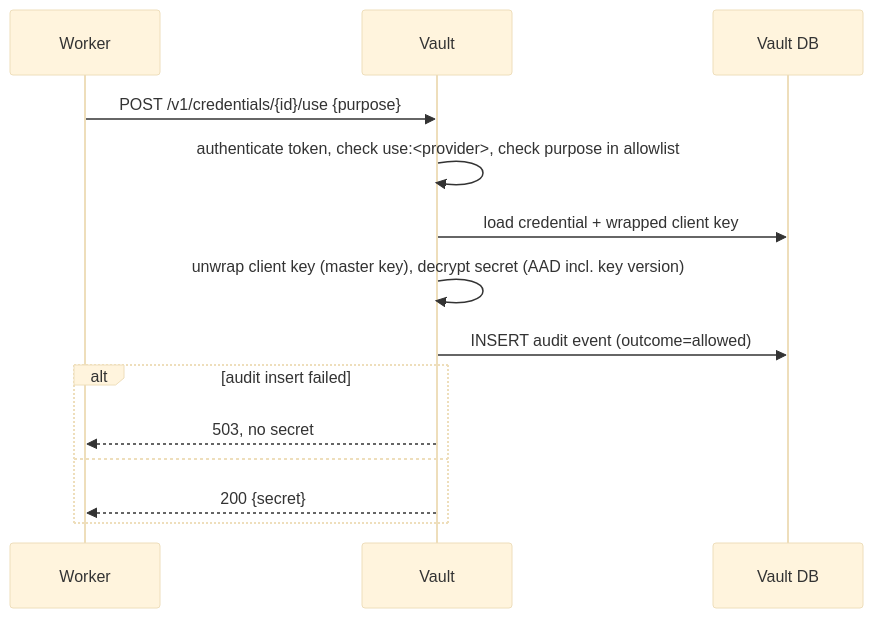
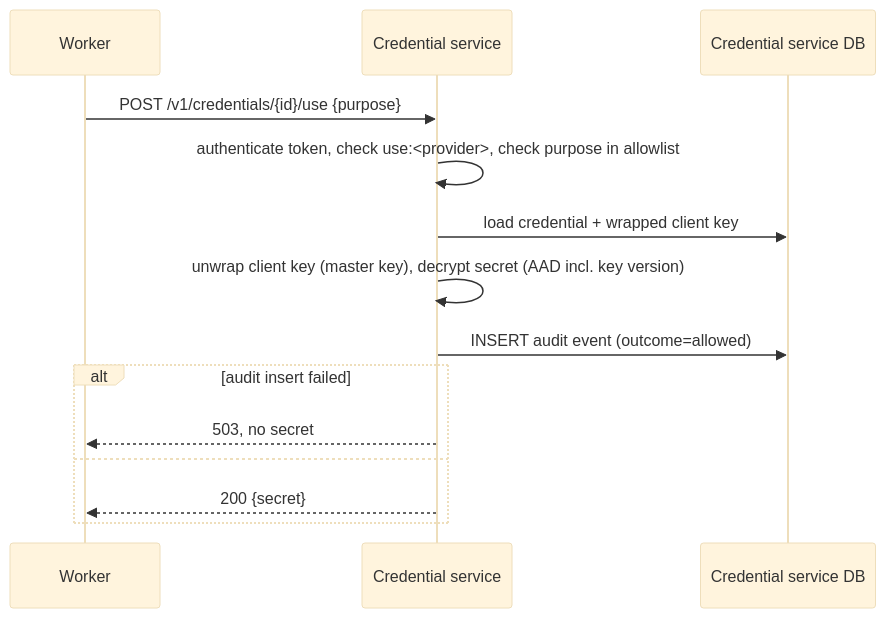
The second of 4 diagrams in docs/srs.md (marianhupalo4/test-task), drawn with Mermaid (base theme) before and after one commit. The commit also changed other lines of this file and 16 other files, not shown here.

Commit message:
rename vault to credential service

````diff
--- a/docs/srs.md
+++ b/docs/srs.md
@@ -50,16 +50,16 @@
 ```mermaid
 sequenceDiagram
     participant W as Worker
-    participant V as Vault
-    participant DB as Vault DB
+    participant V as Credential service
+    participant DB as Credential service DB
     W->>V: POST /v1/credentials/{id}/use {purpose}
     V->>V: authenticate token, check use:<provider>, check purpose in allowlist
     V->>DB: load credential + wrapped client key
     V->>V: unwrap client key (master key), decrypt secret (AAD incl. key version)
     V->>DB: INSERT audit event (outcome=allowed)
     alt audit insert failed
         V-->>W: 503, no secret
     else
         V-->>W: 200 {secret}
     end
 ```
````
